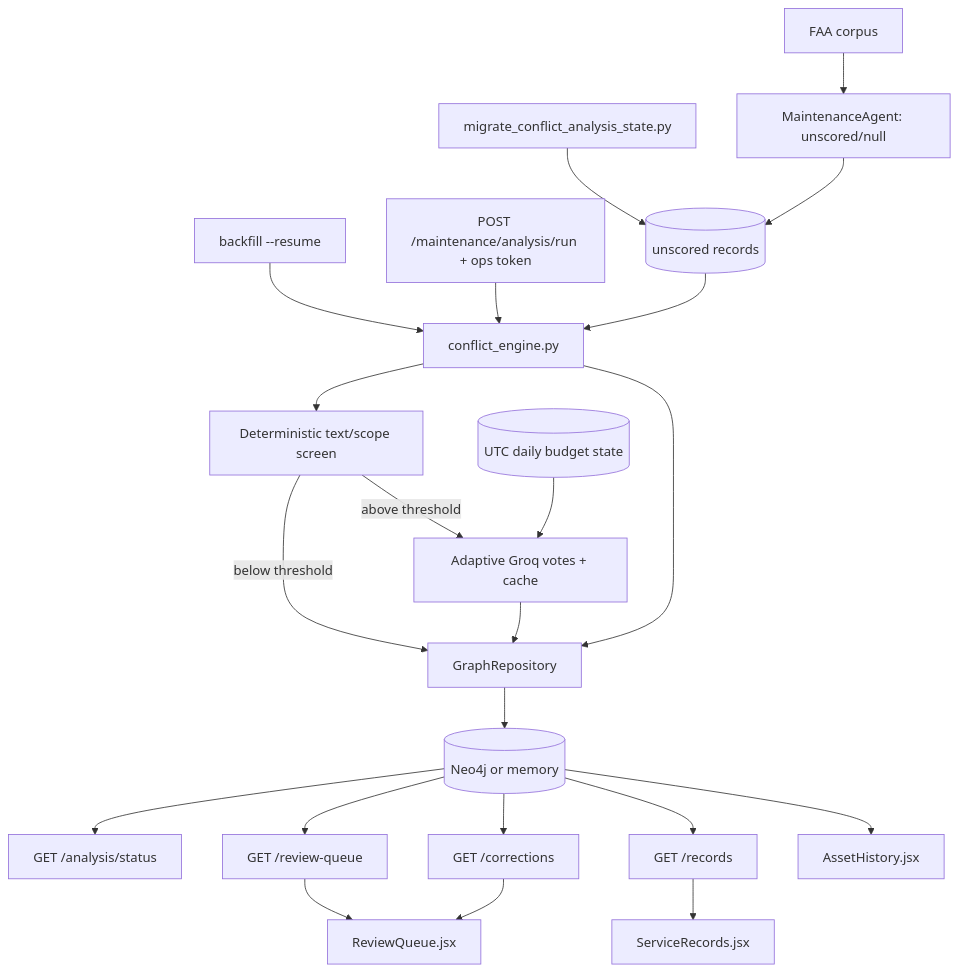
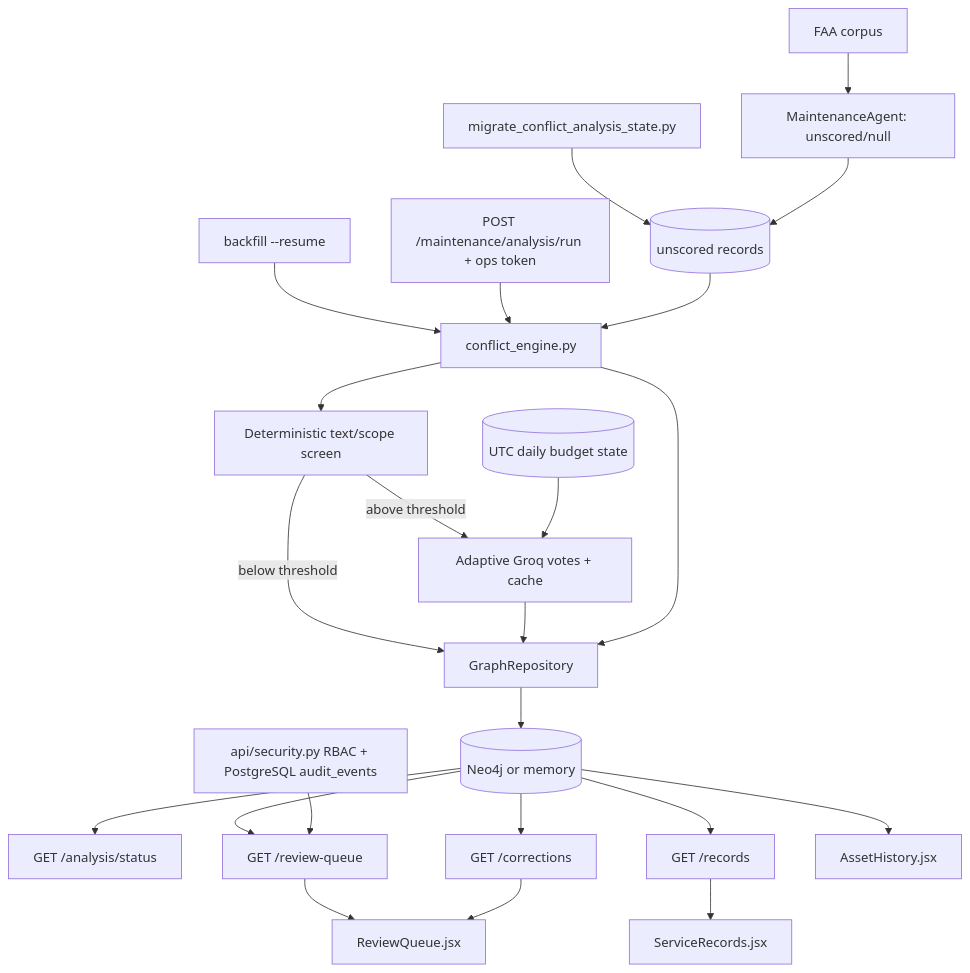
Before and after one commit to umaritics/halite: the diagram in knowledge/flows/FLOW-conflict-review.md, drawn with Mermaid. The commit also changed other lines of this file and 45 other files, not shown here.

Commit message:
feat(auth): add PostgreSQL workspace auth, invite-only onboarding, RBAC, and reviewer audit trail

````diff
--- a/knowledge/flows/FLOW-conflict-review.md
+++ b/knowledge/flows/FLOW-conflict-review.md
@@ -54,24 +56,25 @@
 ```mermaid
 flowchart TB
   CSV[FAA corpus] --> IN[MaintenanceAgent: unscored/null]
   MIG[migrate_conflict_analysis_state.py] --> U[(unscored records)]
   IN --> U
   CLI[backfill --resume] --> CE[conflict_engine.py]
   RUN[POST /maintenance/analysis/run + ops token] --> CE
   U --> CE
   CE --> SC[Deterministic text/scope screen]
   SC -->|above threshold| G[Adaptive Groq votes + cache]
   SC -->|below threshold| GR
   B[(UTC daily budget state)] --> G
   G --> GR
   CE --> GR[GraphRepository]
   GR --> N[(Neo4j or memory)]
   N --> ST[GET /analysis/status]
   N --> RQ[GET /review-queue]
   N --> COR[GET /corrections]
   N --> REC[GET /records]
   RQ --> UI[ReviewQueue.jsx]
+  AUTH[api/security.py RBAC + PostgreSQL audit_events] --> RQ
   COR --> UI
   REC --> SR[ServiceRecords.jsx]
   N --> AH[AssetHistory.jsx]
 ```
````
